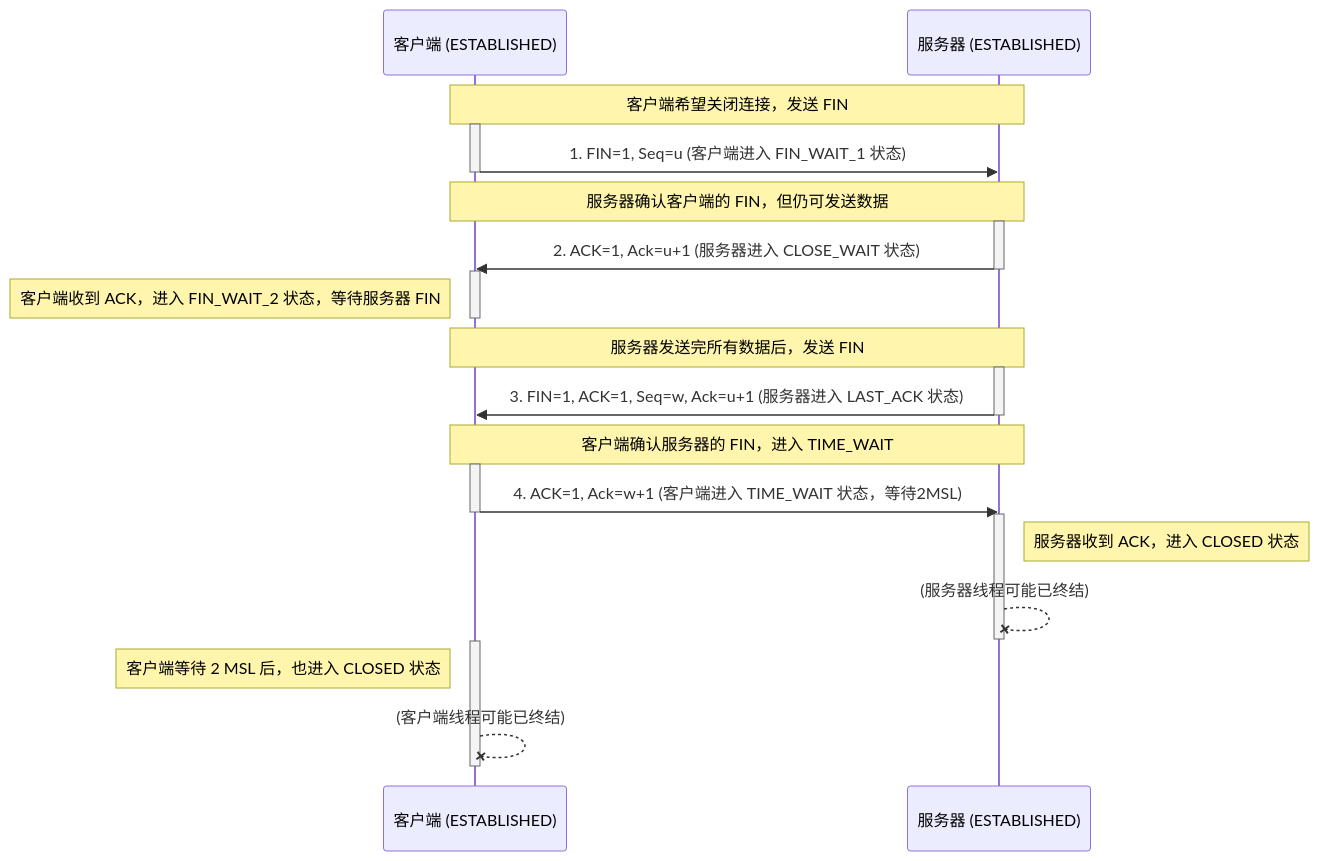
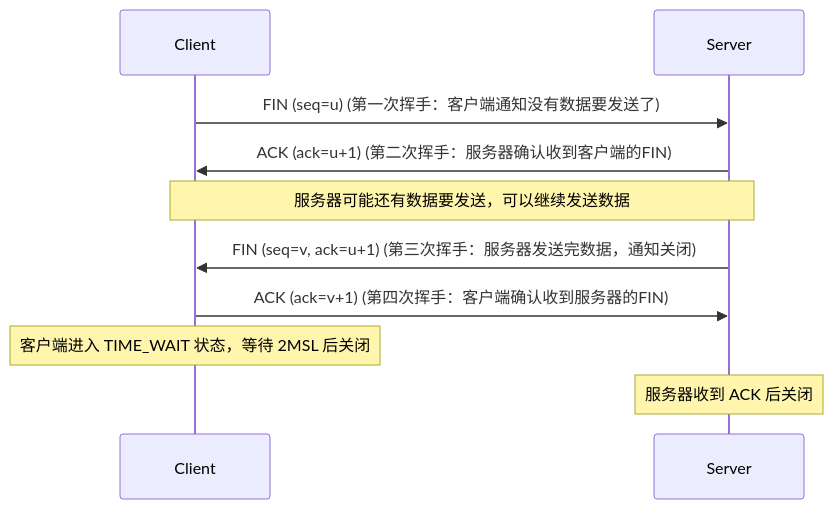
Before and after one commit to teatang/t-blog: the second of 2 diagrams in source/_posts/2023/2023-03-10_TCP (传输控制协议) 深度详解：可靠、面向连接的字节流基石.md, drawn with Mermaid. The commit also changed other lines of this file and 3 other files, not shown here.

```diff
--- a/source/_posts/2023/2023-03-10_TCP (传输控制协议) 深度详解：可靠、面向连接的字节流基石.md
+++ b/source/_posts/2023/2023-03-10_TCP (传输控制协议) 深度详解：可靠、面向连接的字节流基石.md
@@ -153,39 +314,13 @@
 {% mermaid %}
 sequenceDiagram
-    participant C as 客户端 (ESTABLISHED)
-    participant S as 服务器 (ESTABLISHED)
+    participant Client
+    participant Server
 
-    Note over C,S: 客户端希望关闭连接，发送 FIN
-    activate C
-    C->>S: 1. FIN=1, Seq=u           (客户端进入 FIN_WAIT_1 状态)
-    deactivate C
-  
-    Note over C,S: 服务器确认客户端的 FIN，但仍可发送数据
-    activate S
-    S->>C: 2. ACK=1, Ack=u+1         (服务器进入 CLOSE_WAIT 状态)
-    deactivate S
-  
-    activate C
-    Note left of C: 客户端收到 ACK，进入 FIN_WAIT_2 状态，等待服务器 FIN
-    deactivate C
-  
-    Note over S,C: 服务器发送完所有数据后，发送 FIN
-    activate S
-    S->>C: 3. FIN=1, ACK=1, Seq=w, Ack=u+1 (服务器进入 LAST_ACK 状态)
-    deactivate S
-  
-    Note over C,S: 客户端确认服务器的 FIN，进入 TIME_WAIT
-    activate C
-    C->>S: 4. ACK=1, Ack=w+1         (客户端进入 TIME_WAIT 状态，等待2MSL)
-    deactivate C
-  
-    activate S
-    Note right of S: 服务器收到 ACK，进入 CLOSED 状态
-    S--X S: (服务器线程可能已终结)
-    deactivate S
-  
-    activate C
-    Note left of C: 客户端等待 2 MSL 后，也进入 CLOSED 状态
-    C--X C: (客户端线程可能已终结)
-    deactivate C
+    Client->>Server: FIN (seq=u) (第一次挥手：客户端通知没有数据要发送了)
+    Server->>Client: ACK (ack=u+1) (第二次挥手：服务器确认收到客户端的FIN)
+    Note over Server,Client: 服务器可能还有数据要发送，可以继续发送数据
+    Server->>Client: FIN (seq=v, ack=u+1) (第三次挥手：服务器发送完数据，通知关闭)
+    Client->>Server: ACK (ack=v+1) (第四次挥手：客户端确认收到服务器的FIN)
+    Note over Client: 客户端进入 TIME_WAIT 状态，等待 2MSL 后关闭
+    Note over Server: 服务器收到 ACK 后关闭
 {% endmermaid %}
```
